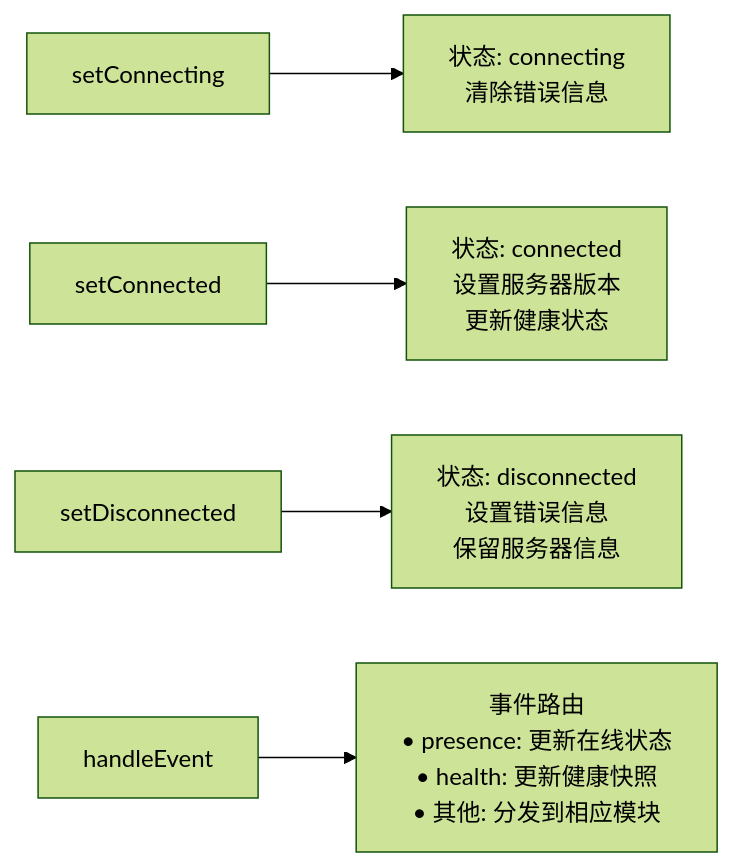
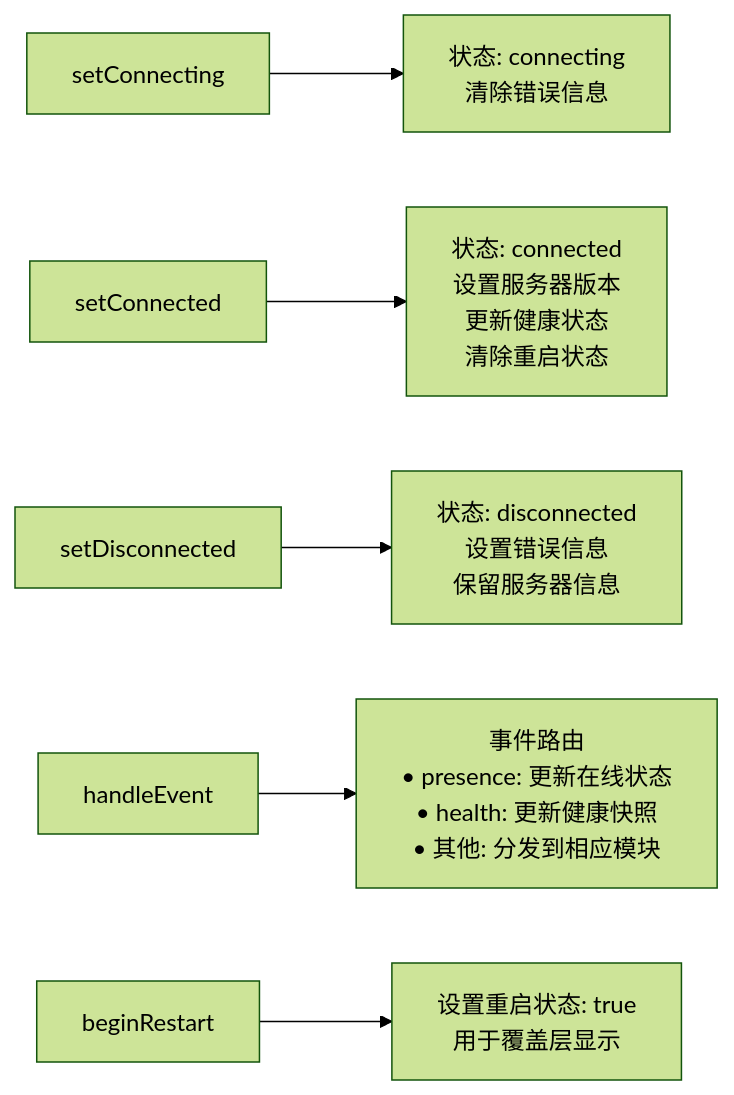
Before and after one commit to verse-ai-org/openclaw: the sixth of 8 diagrams in .qoder/repowiki/zh/content/Web界面/UI组件系统/网关状态指示器.md, drawn with Mermaid (forest theme). The commit also changed other lines of this file and 19 other files, not shown here.

````diff
--- a/.qoder/repowiki/zh/content/Web界面/UI组件系统/网关状态指示器.md
+++ b/.qoder/repowiki/zh/content/Web界面/UI组件系统/网关状态指示器.md
@@ -243,7 +291,8 @@
 ```mermaid
 flowchart LR
 A[setConnecting] --> B[状态: connecting<br/>清除错误信息]
-C[setConnected] --> D[状态: connected<br/>设置服务器版本<br/>更新健康状态]
+C[setConnected] --> D[状态: connected<br/>设置服务器版本<br/>更新健康状态<br/>清除重启状态]
 E[setDisconnected] --> F[状态: disconnected<br/>设置错误信息<br/>保留服务器信息]
 G[handleEvent] --> H[事件路由<br/>• presence: 更新在线状态<br/>• health: 更新健康快照<br/>• 其他: 分发到相应模块]
+I[beginRestart] --> J[设置重启状态: true<br/>用于覆盖层显示]
 ```
````
